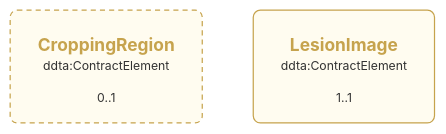
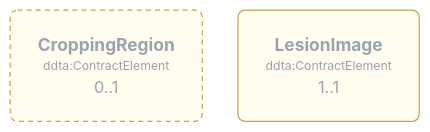
Diagram 16 of 26 in ontologies/core/DDTA_CORE_VISUALIZATION.md (nballestriero/tesiStabile), drawn with Mermaid before and after one commit. The commit also changed other lines of this file and 4 other files, not shown here.

````diff
--- a/ontologies/core/DDTA_CORE_VISUALIZATION.md
+++ b/ontologies/core/DDTA_CORE_VISUALIZATION.md
@@ -1558,8 +1913,10 @@
 ```mermaid
-%%{init: {"htmlLabels":true,"theme":"base"}}%%
+%%{init: {"htmlLabels":true,"theme":"base","layout":"elk"}}%%
 flowchart TB
-    O_1724515b57d497("<div style='display:inline-block;text-align:center;white-space:nowrap;line-height:1.4;padding:8px 12px;background:transparent;opacity:1;color:#C6A34D'><span style='display:block;text-align:center;font-size:17px;font-weight:700;color:#C6A34D'>CroppingRegion</span><span style='display:block;text-align:center;font-size:12px;font-weight:400;color:#C6A34D'>ddta:ContractElement</span></div><br/><span style='font-size:12px'>0..1</span>")
-    O_be4e84069ff4d4("<div style='display:inline-block;text-align:center;white-space:nowrap;line-height:1.4;padding:8px 12px;background:transparent;opacity:1;color:#C6A34D'><span style='display:block;text-align:center;font-size:17px;font-weight:700;color:#C6A34D'>LesionImage</span><span style='display:block;text-align:center;font-size:12px;font-weight:400;color:#C6A34D'>ddta:ContractElement</span></div><br/><span style='font-size:12px'>1..1</span>")
-    style O_1724515b57d497 fill:#FFFCF0,stroke:#C6A34D,color:#9CA3AF,stroke-width:1.2px,stroke-dasharray:5 4,rx:7px,ry:7px
-    style O_be4e84069ff4d4 fill:#FFFCF0,stroke:#C6A34D,color:#9CA3AF,stroke-width:1.2px,rx:7px,ry:7px
+    O_225d6b600bd69c("<div style='display:inline-block;text-align:center;white-space:nowrap;line-height:1.4;padding:8px 12px;background:transparent;opacity:1;color:#C6A34D'><span style='display:block;text-align:center;font-size:17px;font-weight:700;color:#C6A34D'>CroppingRegion</span><span style='display:block;text-align:center;font-size:12px;font-weight:400;color:#C6A34D'>ddta:ContractElement</span><span style='display:block;text-align:center;font-size:12px'>0..1</span></div>")
+    O_c71b081eab9a7d("<div style='display:inline-block;text-align:center;white-space:nowrap;line-height:1.4;padding:8px 12px;background:transparent;opacity:1;color:#C6A34D'><span style='display:block;text-align:center;font-size:17px;font-weight:700;color:#C6A34D'>LesionImage</span><span style='display:block;text-align:center;font-size:12px;font-weight:400;color:#C6A34D'>ddta:ContractElement</span><span style='display:block;text-align:center;font-size:12px'>1..1</span></div>")
+    classDef DDTA_C_963300b37fb7 fill:#FFFCF0,stroke:#C6A34D,color:#9CA3AF,stroke-width:1.2px,rx:7px,ry:7px
+    class O_c71b081eab9a7d DDTA_C_963300b37fb7
+    classDef DDTA_C_81f47a4bec6f fill:#FFFCF0,stroke:#C6A34D,color:#9CA3AF,stroke-width:1.2px,stroke-dasharray:5 4,rx:7px,ry:7px
+    class O_225d6b600bd69c DDTA_C_81f47a4bec6f
 ```
````
